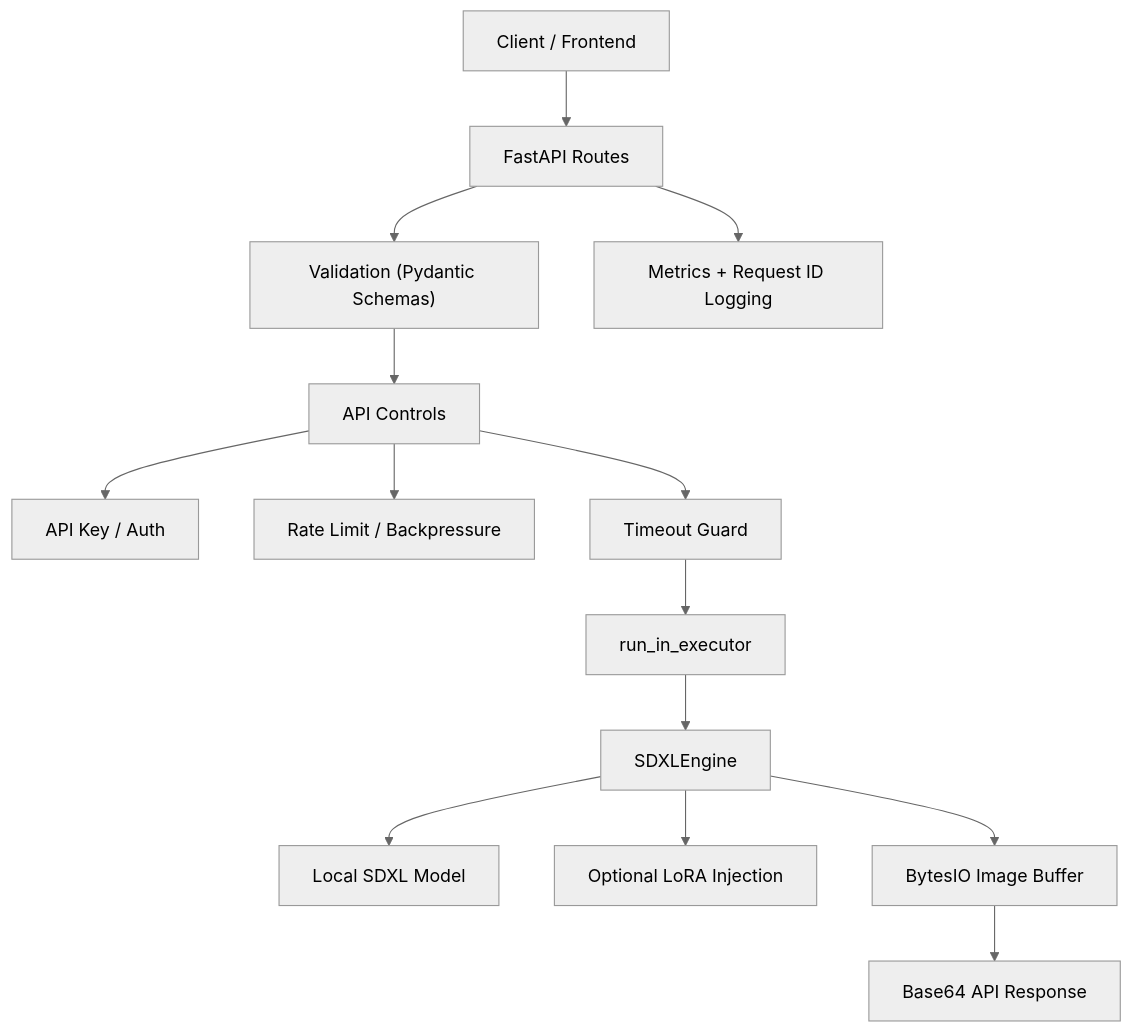
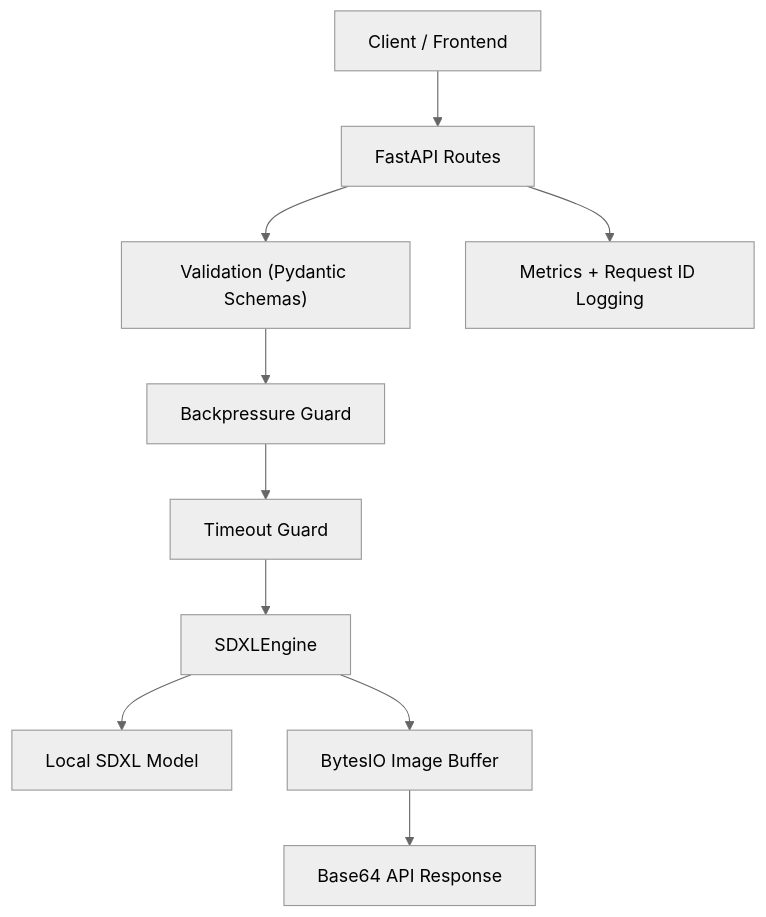
Before and after one commit to kirank93611/vid-gen-sdxl-pipe: the diagram in README.md, drawn with Mermaid (neutral theme). The commit also changed other lines of this file and 7 other files, not shown here.

````diff
--- a/README.md
+++ b/README.md
@@ -22,16 +22,12 @@
 ```mermaid
 flowchart TD
     A["Client / Frontend"] --> B["FastAPI Routes"]
     B --> C["Validation (Pydantic Schemas)"]
-    C --> D["API Controls"]
-    D --> D1["API Key / Auth"]
-    D --> D2["Rate Limit / Backpressure"]
-    D --> D3["Timeout Guard"]
-    D3 --> E["run_in_executor"]
+    C --> D["Backpressure Guard"]
+    D --> E["Timeout Guard"]
     E --> F["SDXLEngine"]
     F --> G["Local SDXL Model"]
-    F --> H["Optional LoRA Injection"]
     F --> I["BytesIO Image Buffer"]
     I --> J["Base64 API Response"]
     B --> K["Metrics + Request ID Logging"]
 ```
````
